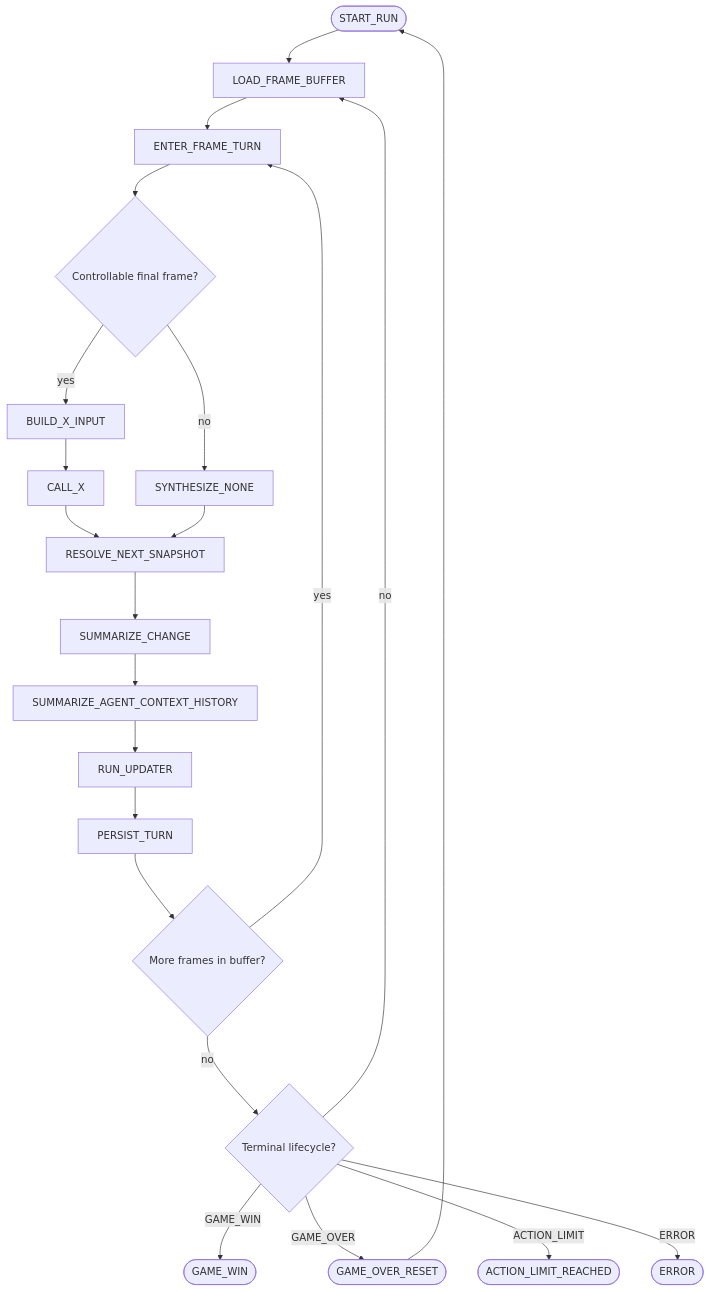
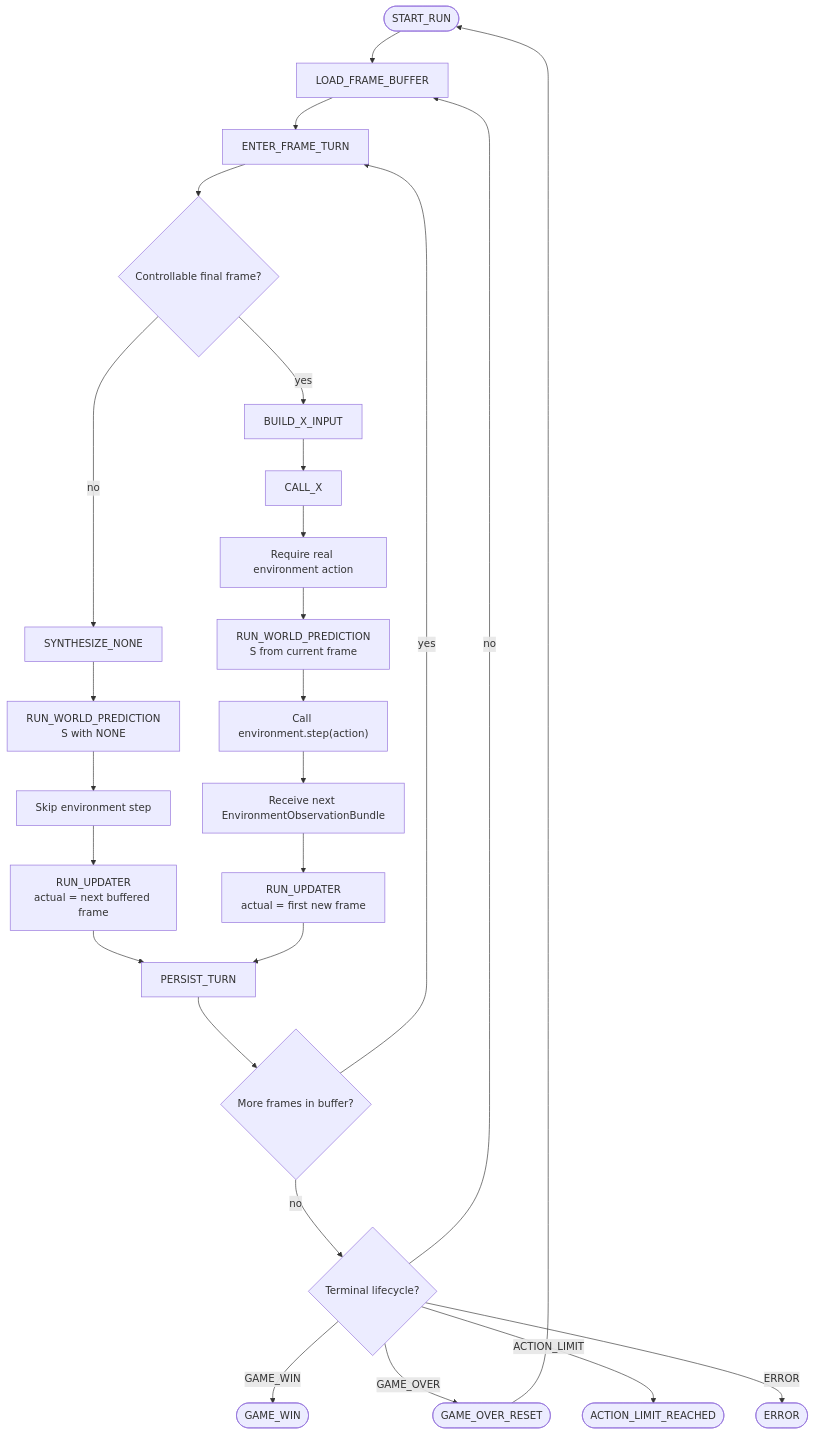
Before and after one commit to cocomette/artificial-agency: the first of 2 diagrams in doc/architecture/software/orchestration/game_loop/diagrams.md, drawn with Mermaid. The commit also changed other lines of this file and 253 other files, not shown here.

````diff
--- a/doc/architecture/software/orchestration/game_loop/diagrams.md
+++ b/doc/architecture/software/orchestration/game_loop/diagrams.md
@@ -5,26 +5,32 @@
 ```mermaid
 flowchart TD
     Start([START_RUN]) --> Load[LOAD_FRAME_BUFFER]
     Load --> Enter[ENTER_FRAME_TURN]
     Enter --> Control{Controllable final frame?}
     Control -- yes --> Build[BUILD_X_INPUT]
     Build --> CallX[CALL_X]
-    CallX --> Resolve[RESOLVE_NEXT_SNAPSHOT]
+    CallX --> ValidateReal[Require real environment action]
     Control -- no --> Synthetic[SYNTHESIZE_NONE]
-    Synthetic --> Resolve
+    Synthetic --> PredictBuffered["RUN_WORLD_PREDICTION<br/>S with NONE"]
 
-    Resolve --> Change[SUMMARIZE_CHANGE]
-    Change --> Hist[SUMMARIZE_AGENT_CONTEXT_HISTORY]
-    Hist --> Update[RUN_UPDATER]
-    Update --> Persist[PERSIST_TURN]
+    PredictBuffered --> SkipEnv[Skip environment step]
+    SkipEnv --> UpdateBuffered["RUN_UPDATER<br/>actual = next buffered frame"]
+
+    ValidateReal --> Predict["RUN_WORLD_PREDICTION<br/>S from current frame"]
+    Predict --> StepEnv["Call environment.step(action)"]
+    StepEnv --> NewBundle[Receive next EnvironmentObservationBundle]
+    NewBundle --> UpdateFresh["RUN_UPDATER<br/>actual = first new frame"]
+
+    UpdateBuffered --> Persist[PERSIST_TURN]
+    UpdateFresh --> Persist
     Persist --> MoreFrames{More frames in buffer?}
 
     MoreFrames -- yes --> Enter
     MoreFrames -- no --> Lifecycle{Terminal lifecycle?}
     Lifecycle -- no --> Load
     Lifecycle -- GAME_WIN --> Win([GAME_WIN])
     Lifecycle -- GAME_OVER --> Reset([GAME_OVER_RESET])
     Lifecycle -- ACTION_LIMIT --> Limit([ACTION_LIMIT_REACHED])
     Lifecycle -- ERROR --> Error([ERROR])
     Reset --> Start
 ```
````
